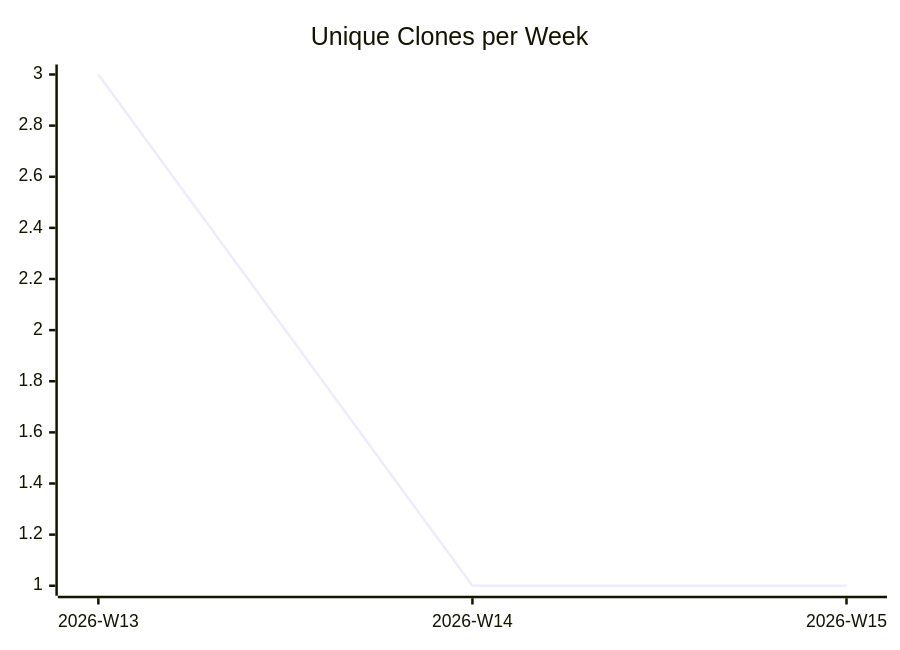
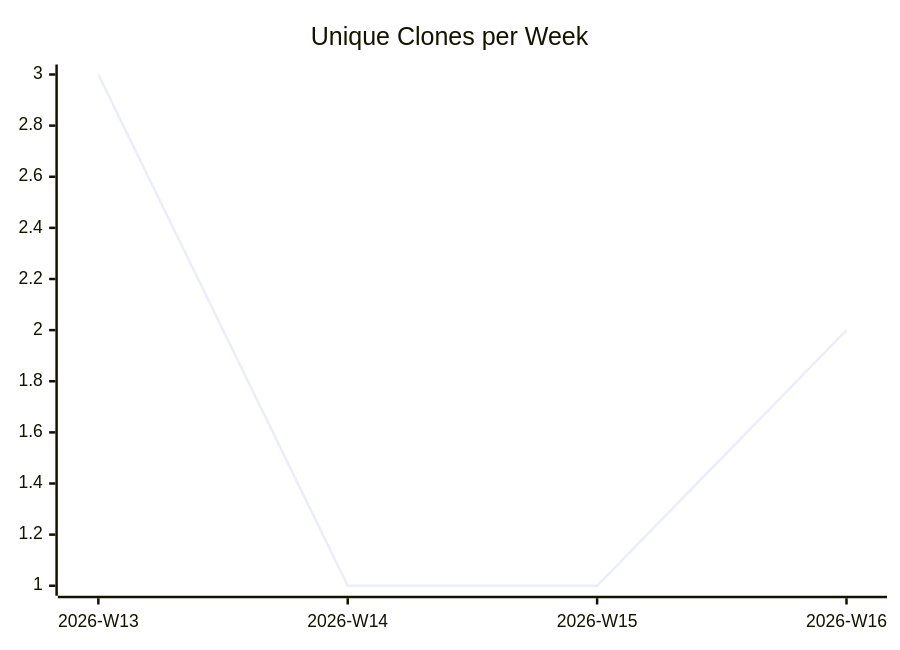
The third of 3 diagrams in karlmdavis/perfect-note/README.md (justdavis-family/github-analytics-data), drawn with Mermaid before and after one commit. The commit also changed other lines of this file and 173 other files, not shown here.

````diff
--- a/karlmdavis/perfect-note/README.md
+++ b/karlmdavis/perfect-note/README.md
@@ -19,6 +19,6 @@
 ```mermaid
 xychart-beta
   title "Unique Clones per Week"
-  x-axis ["2026-W13", "2026-W14", "2026-W15"]
-  line [3, 1, 1]
+  x-axis ["2026-W13", "2026-W14", "2026-W15", "2026-W16"]
+  line [3, 1, 1, 2]
 ```
````
